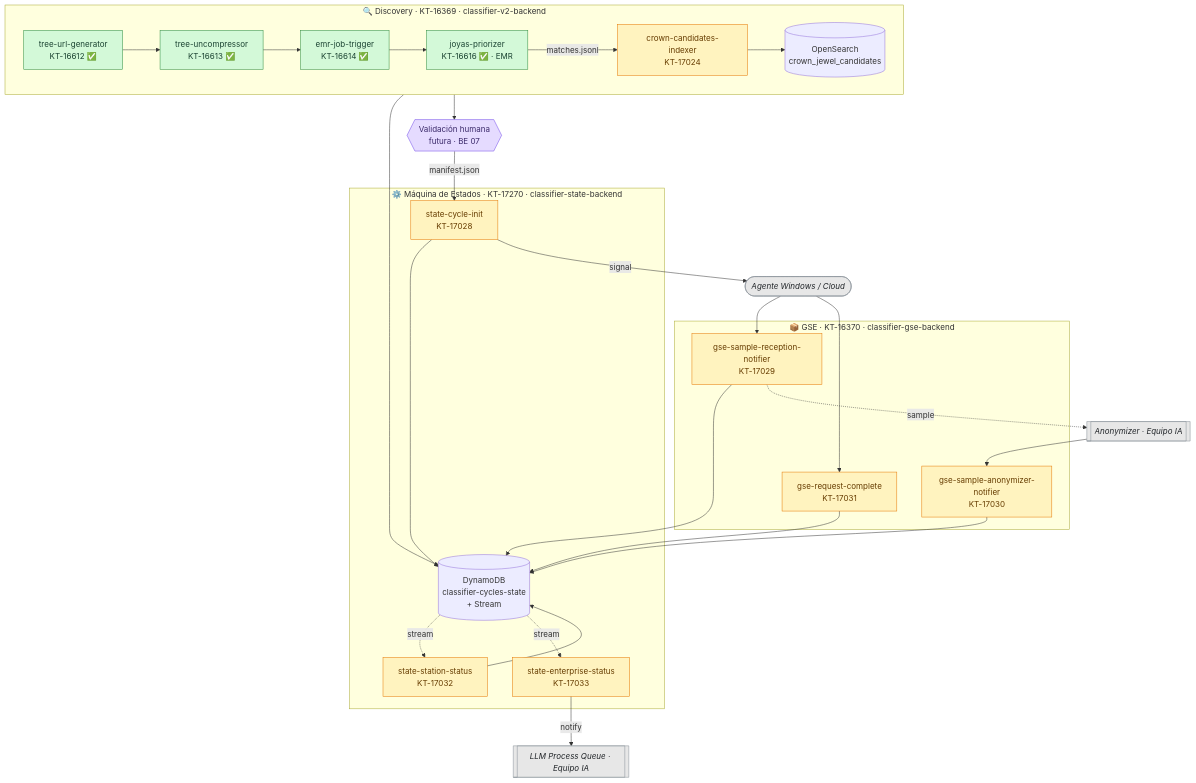
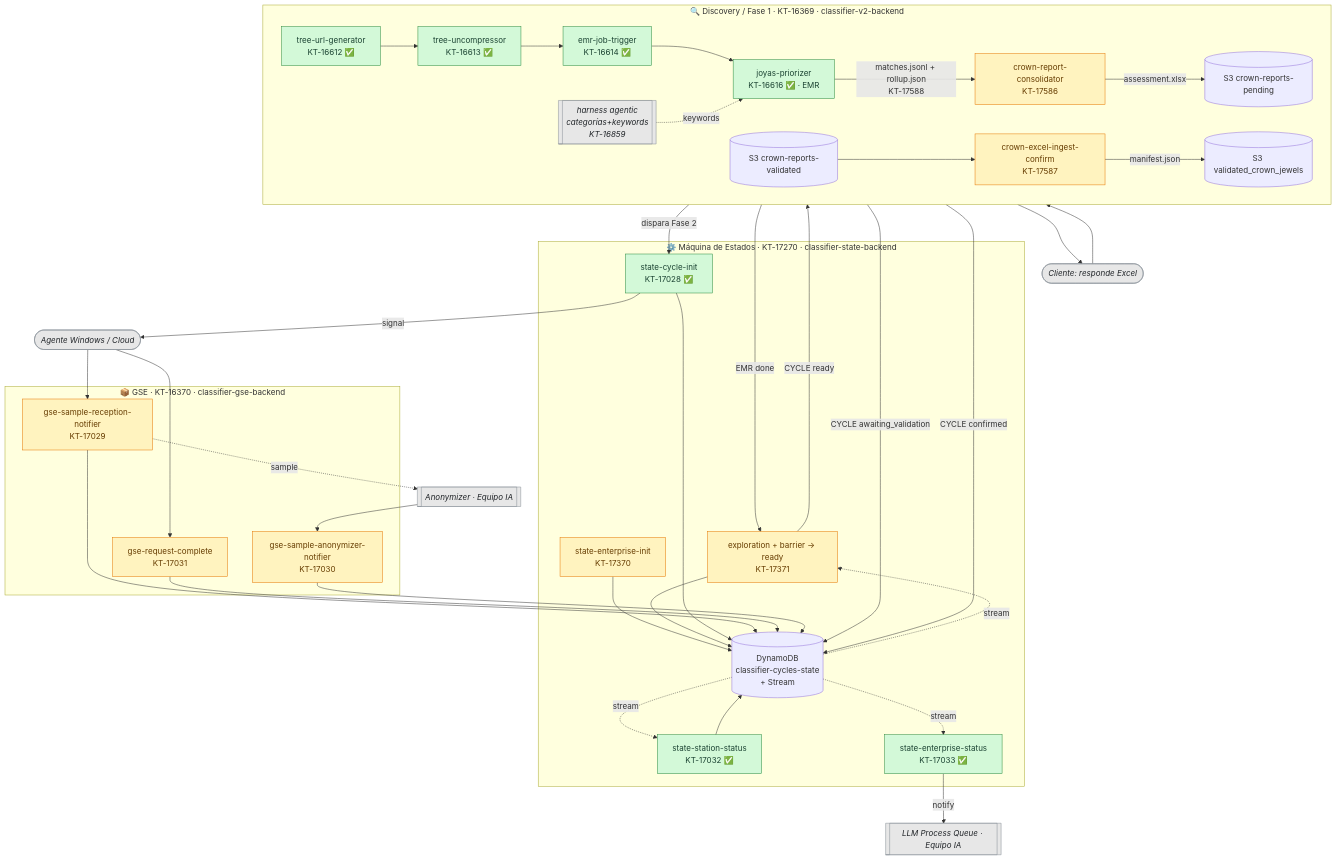
One commit to harias-kriptos/classifier-specs changed the diagram in context/classifier-v2/STATUS.md. Above: the diagram before and after it, drawn with Mermaid. The commit also changed other lines of this file and 5 other files, not shown here.

````diff
--- a/context/classifier-v2/STATUS.md
+++ b/context/classifier-v2/STATUS.md
@@ -24,46 +26,55 @@
 ```mermaid
 flowchart TB
-  subgraph DISC["🔍 Discovery · KT-16369 · classifier-v2-backend"]
+  subgraph DISC["🔍 Discovery / Fase 1 · KT-16369 · classifier-v2-backend"]
     direction LR
     A1[tree-url-generator<br/>KT-16612 ✅] --> A2[tree-uncompressor<br/>KT-16613 ✅] --> A3[emr-job-trigger<br/>KT-16614 ✅] --> A4[joyas-priorizer<br/>KT-16616 ✅ · EMR]
-    A4 -->|matches.jsonl| A5[crown-candidates-indexer<br/>KT-17024]
-    A5 --> OS[(OpenSearch<br/>crown_jewel_candidates)]
+    AG0[[harness agentic<br/>categorías+keywords<br/>KT-16859]] -.->|keywords| A4
+    A4 -->|matches.jsonl + rollup.json<br/>KT-17588| RC[crown-report-consolidator<br/>KT-17586]
+    RC -->|assessment.xlsx| BPEND[(S3 crown-reports-pending)]
+    BVAL[(S3 crown-reports-validated)] --> IC[crown-excel-ingest-confirm<br/>KT-17587]
+    IC -->|manifest.json| BMAN[(S3 validated_crown_jewels)]
   end
+
+  CLIENT([Cliente: responde Excel])
+  BPEND --> CLIENT --> BVAL
 
   subgraph STATE["⚙️ Máquina de Estados · KT-17270 · classifier-state-backend"]
     DDB[(DynamoDB<br/>classifier-cycles-state<br/>+ Stream)]
-    S1[state-cycle-init<br/>KT-17028]
-    S2[state-station-status<br/>KT-17032]
-    S3[state-enterprise-status<br/>KT-17033]
-    S1 --> DDB
+    S0[state-enterprise-init<br/>KT-17370]
+    SB[exploration + barrier → ready<br/>KT-17371]
+    S1[state-cycle-init<br/>KT-17028 ✅]
+    S2[state-station-status<br/>KT-17032 ✅]
+    S3[state-enterprise-status<br/>KT-17033 ✅]
+    S0 --> DDB
+    DDB -. stream .-> SB --> DDB
     DDB -. stream .-> S2 --> DDB
     DDB -. stream .-> S3
+    S1 --> DDB
   end
 
   subgraph GSE["📦 GSE · KT-16370 · classifier-gse-backend"]
     G1[gse-sample-reception-notifier<br/>KT-17029]
     G2[gse-sample-anonymizer-notifier<br/>KT-17030]
     G3[gse-request-complete<br/>KT-17031]
   end
 
-  VAL{{"Validación humana<br/>futura · BE 07"}}
-
-  A5 --> DDB
-  OS --> VAL
-  VAL -->|manifest.json| S1
+  A4 -->|EMR done| SB
+  SB -->|CYCLE ready| RC
+  RC -->|CYCLE awaiting_validation| DDB
+  IC -->|CYCLE confirmed| DDB
+  BMAN -->|dispara Fase 2| S1
   S1 -->|signal| AG([Agente Windows / Cloud])
   AG --> G1 --> DDB
   AG --> G3 --> DDB
   G1 -.->|sample| ANON[[Anonymizer · Equipo IA]]
   ANON --> G2 --> DDB
   S3 -->|notify| LLM[[LLM Process Queue · Equipo IA]]
 
   classDef done fill:#d3f9d8,stroke:#2b8a3e,color:#1b4332;
   classDef rfc fill:#fff3bf,stroke:#e67700,color:#663c00;
   classDef ext fill:#e7e7e7,stroke:#868e96,color:#212529,font-style:italic;
   classDef future fill:#e5dbff,stroke:#7048e8,color:#3b2a6b;
-  class A1,A2,A3,A4 done;
-  class A5,S1,S2,S3,G1,G2,G3 rfc;
-  class AG,ANON,LLM ext;
-  class VAL future;
+  class A1,A2,A3,A4,S1,S2,S3 done;
+  class RC,IC,SB,S0,G1,G2,G3 rfc;
+  class AG,AG0,ANON,LLM,CLIENT ext;
 ```
````
